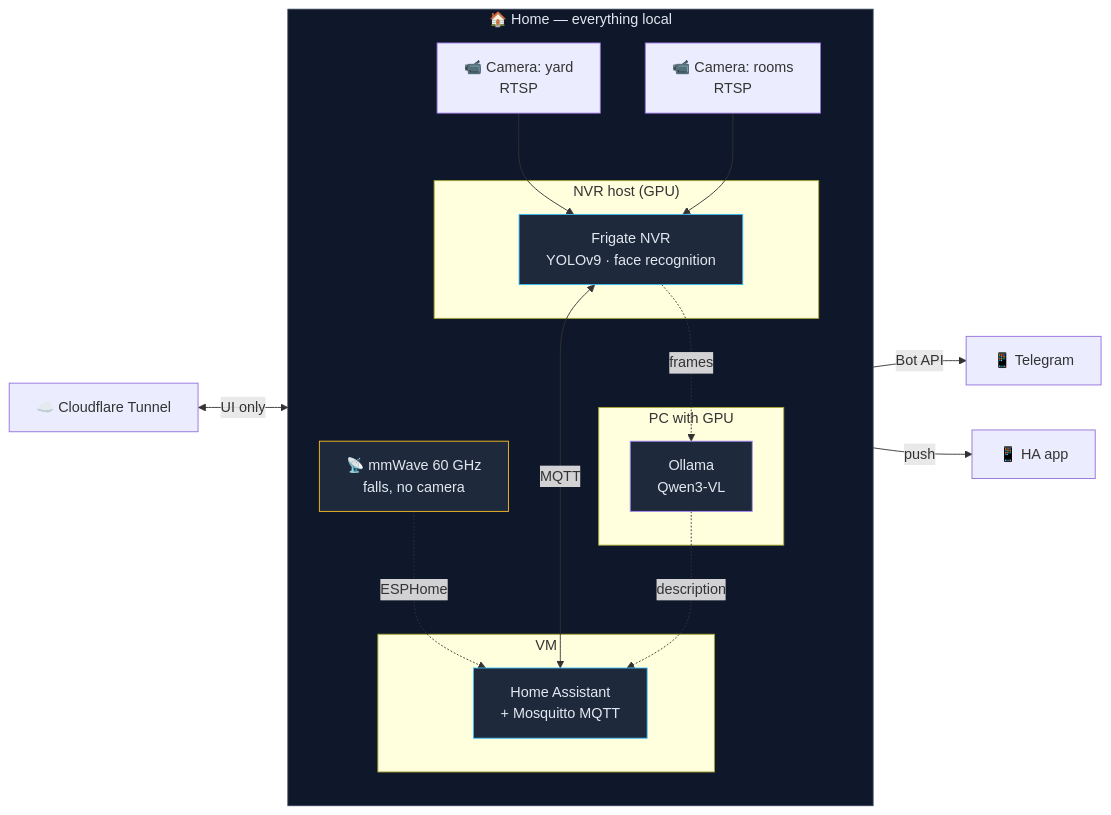
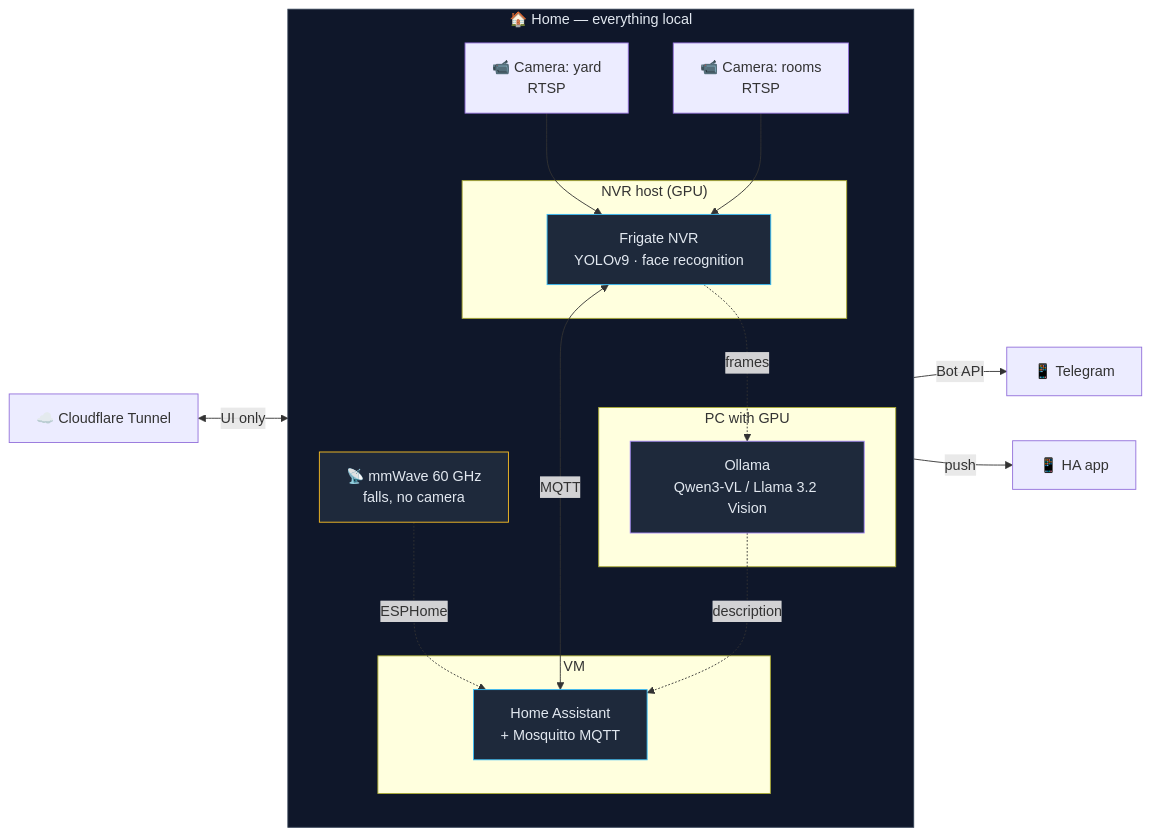
Before and after one commit to nisonengineer-lab/engineer-against-dementia: the diagram in README.he.md, drawn with Mermaid. The commit also changed other lines of this file and 11 other files, not shown here.

First line of the commit message:
Care Monitor 2.7.0: Qwen или Llama; README на английском, ссылки на сайт

````diff
--- a/README.he.md
+++ b/README.he.md
@@ -59,38 +61,38 @@
 ```mermaid
 flowchart LR
     subgraph HOME["🏠 Home — everything local"]
         direction TB
         CAM1["📹 Camera: yard<br/>RTSP"]
         CAM2["📹 Camera: rooms<br/>RTSP"]
         MMW["📡 mmWave 60 GHz<br/>falls, no camera"]
 
         subgraph NVR["NVR host (GPU)"]
             FRIGATE["Frigate NVR<br/>YOLOv9 · face recognition"]
         end
 
         subgraph HAVM["VM"]
             HA["Home Assistant<br/>+ Mosquitto MQTT"]
         end
 
         subgraph WIN["PC with GPU"]
-            OLLAMA["Ollama<br/>Qwen3-VL"]
+            OLLAMA["Ollama<br/>Qwen3-VL / Llama 3.2 Vision"]
         end
 
         CAM1 --> FRIGATE
         CAM2 --> FRIGATE
         MMW -.ESPHome.-> HA
         FRIGATE <-->|MQTT| HA
         FRIGATE -.frames.-> OLLAMA
         OLLAMA -.description.-> HA
     end
 
     HA -->|Bot API| TG["📱 Telegram"]
     HA -->|push| PHONE["📱 HA app"]
     CF["☁️ Cloudflare Tunnel"] <-->|UI only| HA
 
     style HOME fill:#0f172a,stroke:#334155,color:#e2e8f0
     style FRIGATE fill:#1e293b,stroke:#38bdf8,color:#e2e8f0
     style HA fill:#1e293b,stroke:#38bdf8,color:#e2e8f0
     style OLLAMA fill:#1e293b,stroke:#a78bfa,color:#e2e8f0
     style MMW fill:#1e293b,stroke:#fbbf24,color:#e2e8f0
 ```
````
